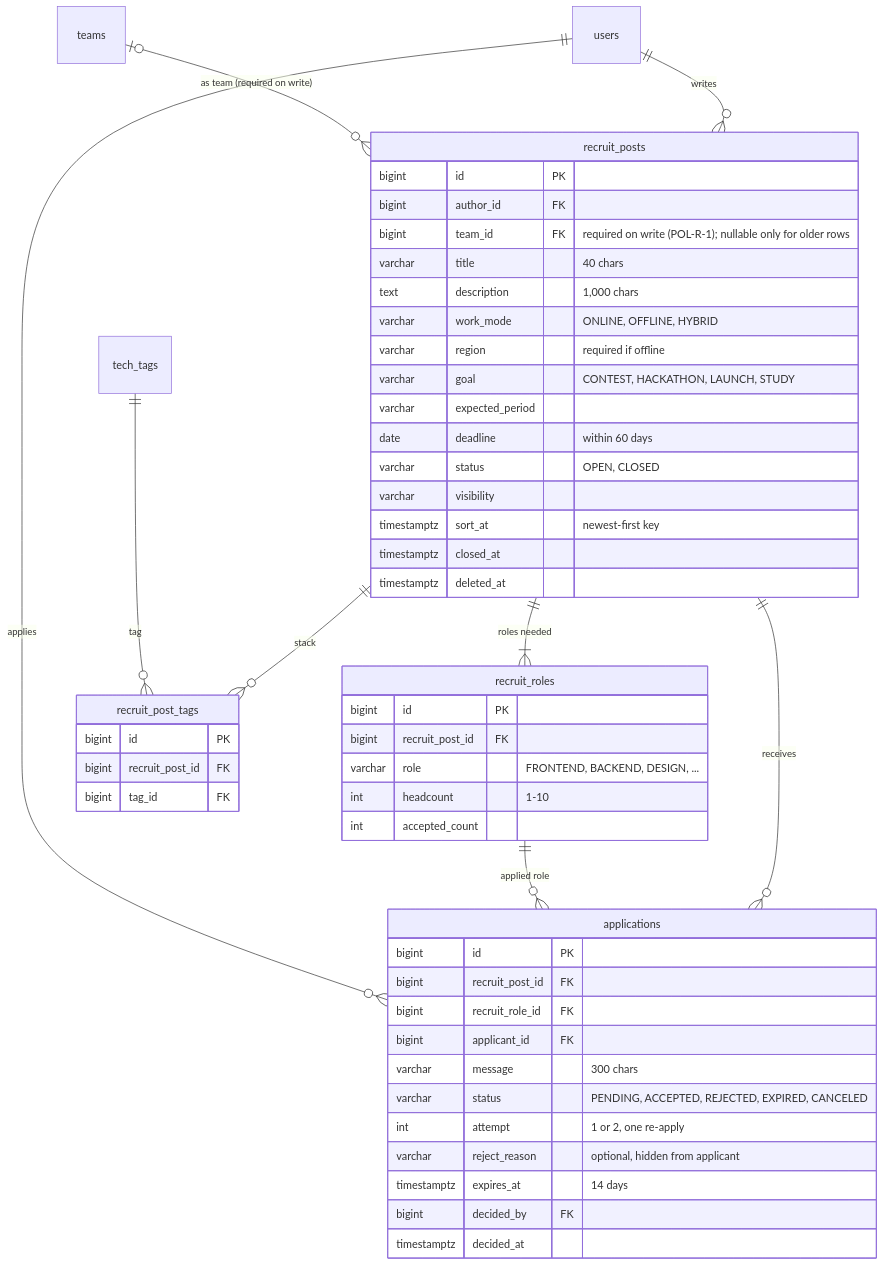
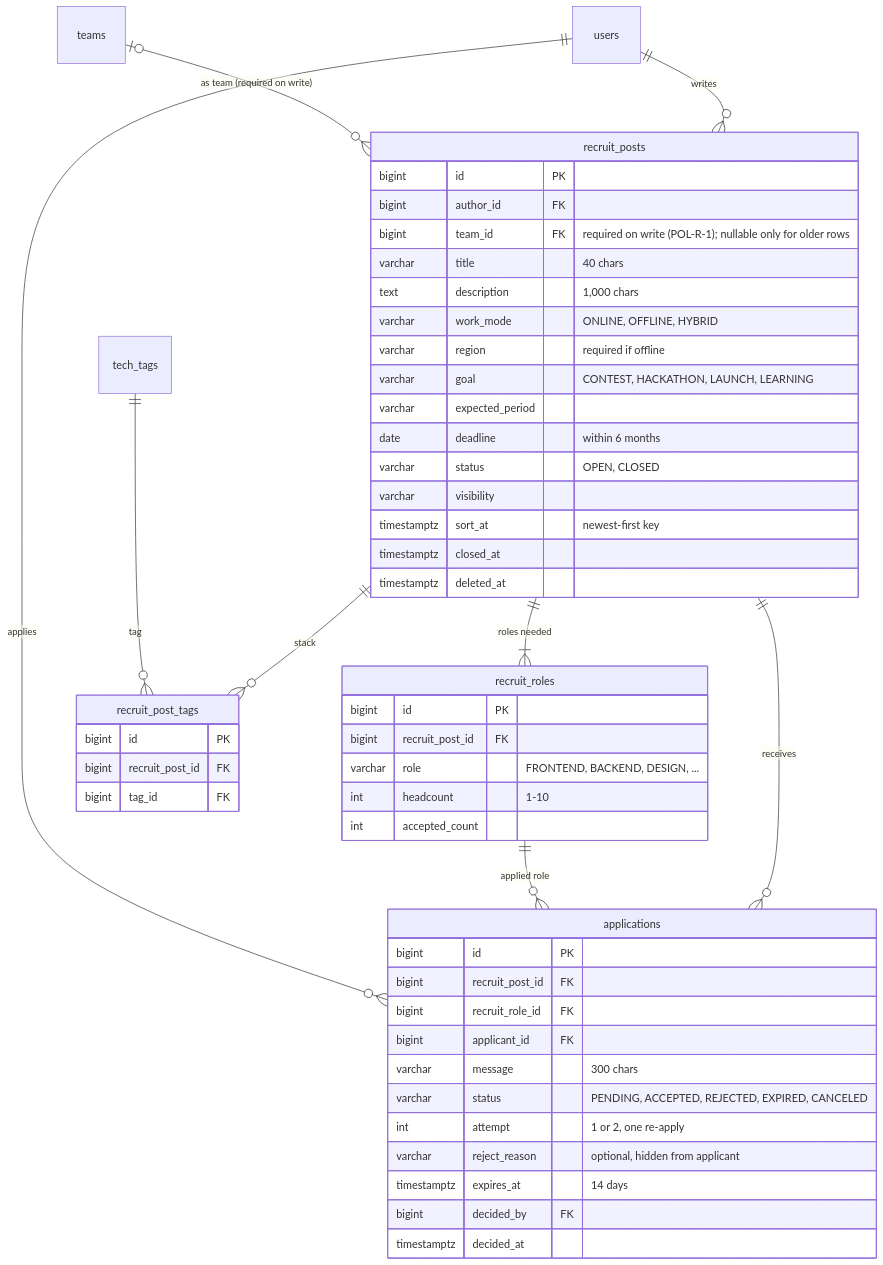
One commit to likelion-backendschool-9th/Linker changed the fourth of 11 diagrams in docs/development/01-erd.md. Above: the diagram before and after it, drawn with Mermaid. The commit also changed other lines of this file and 145 other files, not shown here.

````diff
--- a/docs/development/01-erd.md
+++ b/docs/development/01-erd.md
@@ -358,54 +358,54 @@
 ```mermaid
 erDiagram
   users ||--o{ recruit_posts : "writes"
   teams |o--o{ recruit_posts : "as team (required on write)"
   recruit_posts ||--|{ recruit_roles : "roles needed"
   recruit_posts ||--o{ recruit_post_tags : "stack"
   tech_tags ||--o{ recruit_post_tags : "tag"
   recruit_posts ||--o{ applications : "receives"
   recruit_roles ||--o{ applications : "applied role"
   users ||--o{ applications : "applies"
 
   recruit_posts {
     bigint id PK
     bigint author_id FK
     bigint team_id FK "required on write (POL-R-1); nullable only for older rows"
     varchar title "40 chars"
     text description "1,000 chars"
     varchar work_mode "ONLINE, OFFLINE, HYBRID"
     varchar region "required if offline"
-    varchar goal "CONTEST, HACKATHON, LAUNCH, STUDY"
+    varchar goal "CONTEST, HACKATHON, LAUNCH, LEARNING"
     varchar expected_period
-    date deadline "within 60 days"
+    date deadline "within 6 months"
     varchar status "OPEN, CLOSED"
     varchar visibility
     timestamptz sort_at "newest-first key"
     timestamptz closed_at
     timestamptz deleted_at
   }
   recruit_roles {
     bigint id PK
     bigint recruit_post_id FK
     varchar role "FRONTEND, BACKEND, DESIGN, ..."
     int headcount "1-10"
     int accepted_count
   }
   recruit_post_tags {
     bigint id PK
     bigint recruit_post_id FK
     bigint tag_id FK
   }
   applications {
     bigint id PK
     bigint recruit_post_id FK
     bigint recruit_role_id FK
     bigint applicant_id FK
     varchar message "300 chars"
     varchar status "PENDING, ACCEPTED, REJECTED, EXPIRED, CANCELED"
     int attempt "1 or 2, one re-apply"
     varchar reject_reason "optional, hidden from applicant"
     timestamptz expires_at "14 days"
     bigint decided_by FK
     timestamptz decided_at
   }
 ```
````
